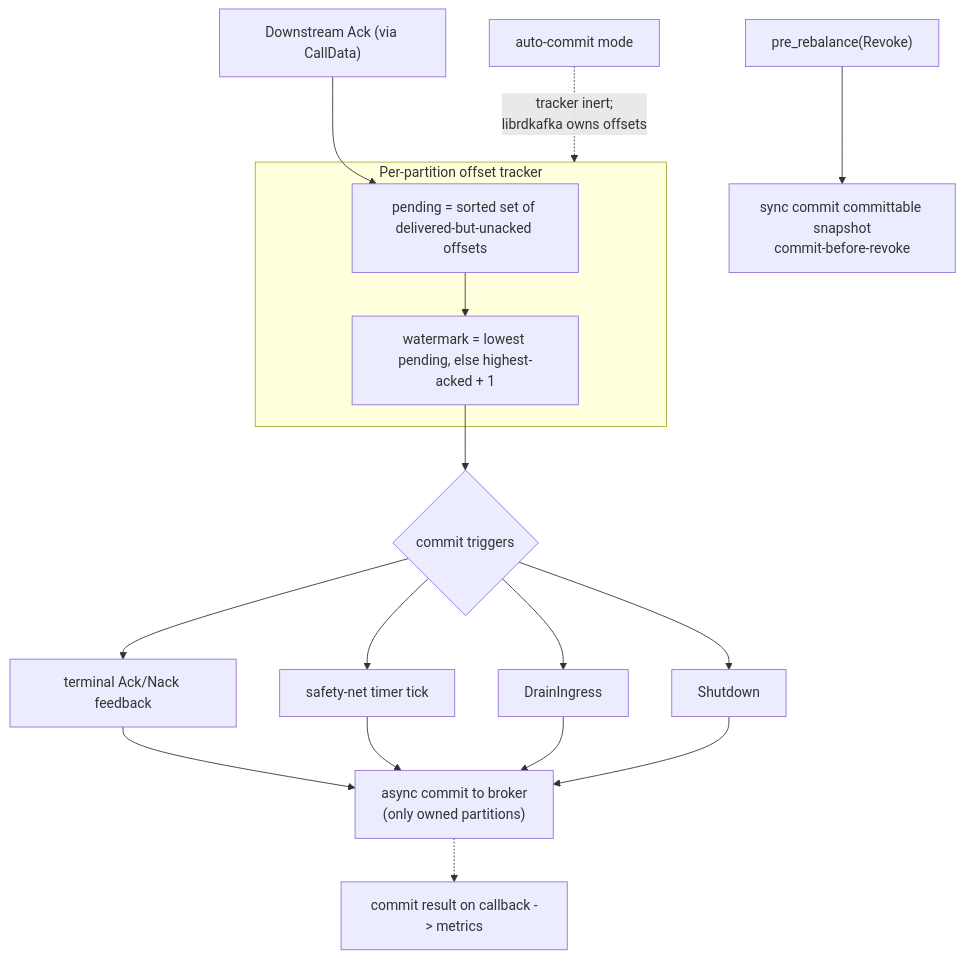
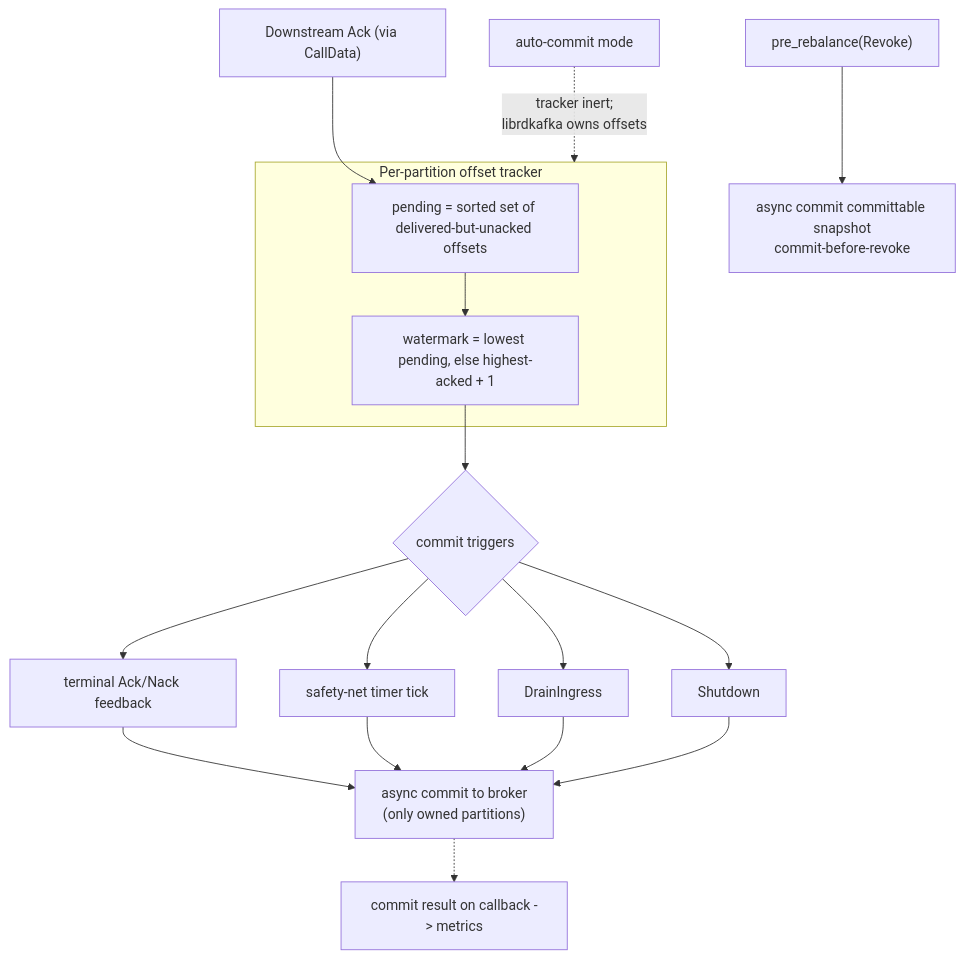
Before and after one commit to open-telemetry/otel-arrow: the third of 5 diagrams in rust/otap-dataflow/crates/contrib-nodes/src/receivers/kafka_receiver/ARCHITECTURE.md, drawn with Mermaid. The commit also changed other lines of this file and 6 other files, not shown here.

Commit message:
use async commit instead of sync

````diff
--- a/rust/otap-dataflow/crates/contrib-nodes/src/receivers/kafka_receiver/ARCHITECTURE.md
+++ b/rust/otap-dataflow/crates/contrib-nodes/src/receivers/kafka_receiver/ARCHITECTURE.md
@@ -214,22 +198,22 @@
 ```mermaid
 flowchart TD
     subgraph TRK["Per-partition offset tracker"]
         PEND["pending = sorted set of delivered-but-unacked offsets"]
         WM["watermark = lowest pending, else highest-acked + 1"]
     end
 
     ACKS["Downstream Ack (via CallData)"] --> PEND
     PEND --> WM
 
     WM --> TRIG{"commit triggers"}
     TRIG --> T1["terminal Ack/Nack feedback"]
     TRIG --> T2["safety-net timer tick"]
     TRIG --> T3["DrainIngress"]
     TRIG --> T4["Shutdown"]
     T1 & T2 & T3 & T4 --> COMMIT["async commit to broker<br/>(only owned partitions)"]
     COMMIT -.-> RESULT["commit result on callback -> metrics"]
 
-    REV["pre_rebalance(Revoke)"] --> CSYNC["sync commit committable snapshot<br/>commit-before-revoke"]
+    REV["pre_rebalance(Revoke)"] --> CSYNC["async commit committable snapshot<br/>commit-before-revoke"]
 
     MODE["auto-commit mode"] -.->|"tracker inert;<br/>librdkafka owns offsets"| TRK
 ```
````
